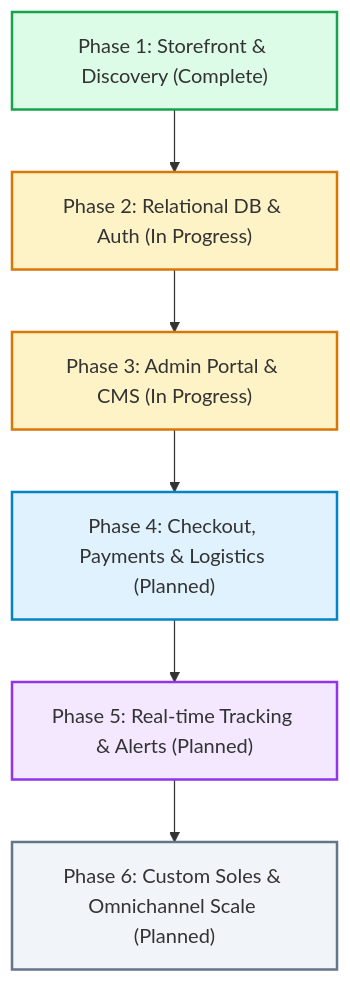
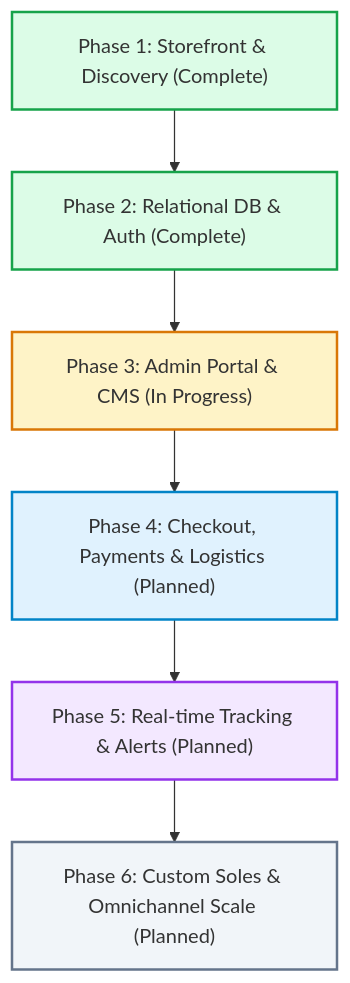
One commit to Daksh1685/Desi-Kicks changed the diagram in ROADMAP.md. Above: the diagram before and after it, drawn with Mermaid. The commit also changed other lines of this file and 5 other files, not shown here.

Commit message:
feat: complete Phase 2 full-stack persistence, auth, and order sync

````diff
--- a/ROADMAP.md
+++ b/ROADMAP.md
@@ -31,15 +31,15 @@
 ```mermaid
 flowchart TD
-    P1["Phase 1: Storefront & Discovery (Complete)"] --> P2["Phase 2: Relational DB & Auth (In Progress)"]
+    P1["Phase 1: Storefront & Discovery (Complete)"] --> P2["Phase 2: Relational DB & Auth (Complete)"]
     P2 --> P3["Phase 3: Admin Portal & CMS (In Progress)"]
     P3 --> P4["Phase 4: Checkout, Payments & Logistics (Planned)"]
     P4 --> P5["Phase 5: Real-time Tracking & Alerts (Planned)"]
     P5 --> P6["Phase 6: Custom Soles & Omnichannel Scale (Planned)"]
 
     style P1 fill:#dcfce7,stroke:#16a34a,stroke-width:2px;
-    style P2 fill:#fef3c7,stroke:#d97706,stroke-width:2px;
+    style P2 fill:#dcfce7,stroke:#16a34a,stroke-width:2px;
     style P3 fill:#fef3c7,stroke:#d97706,stroke-width:2px;
     style P4 fill:#e0f2fe,stroke:#0284c7,stroke-width:2px;
     style P5 fill:#f3e8ff,stroke:#9333ea,stroke-width:2px;
     style P6 fill:#f1f5f9,stroke:#64748b,stroke-width:2px;
 ```
````
